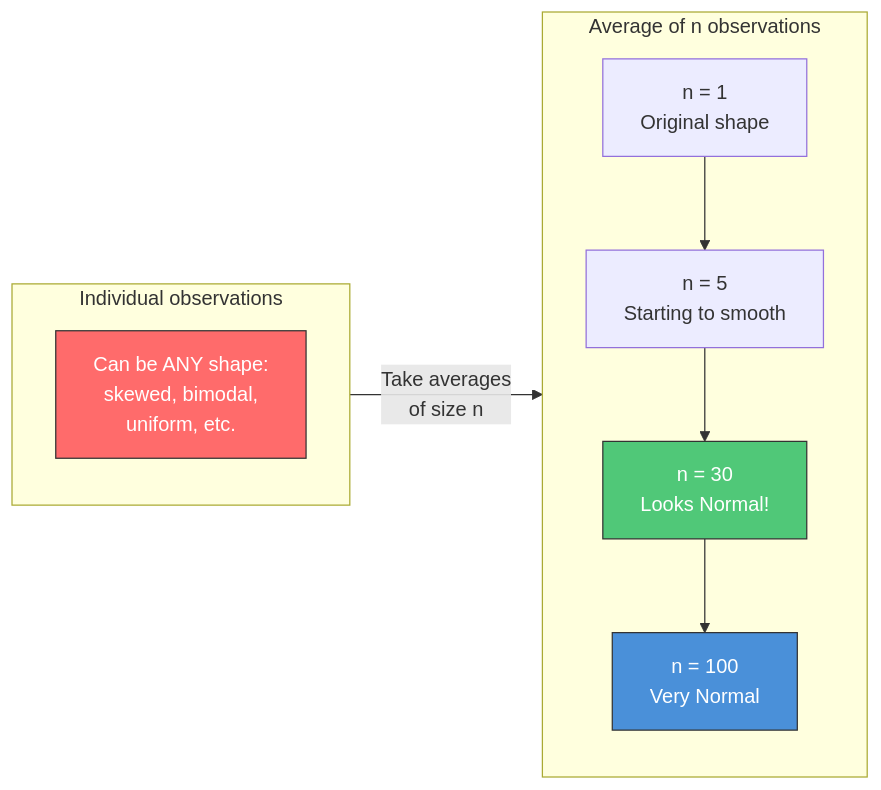
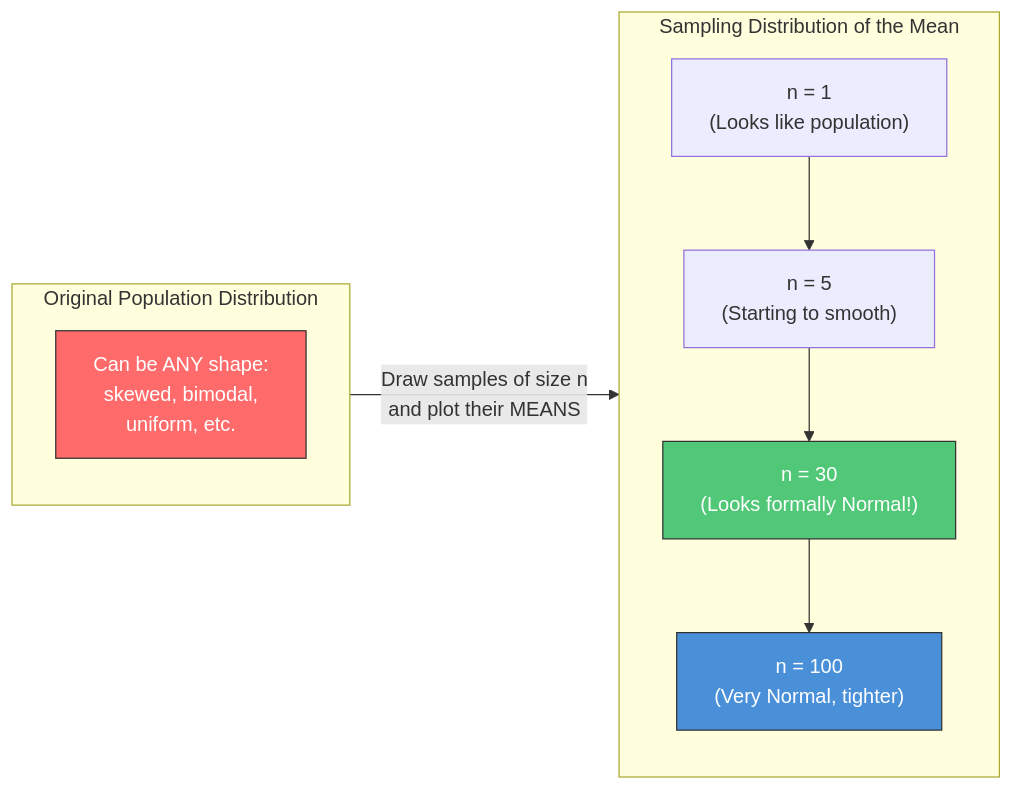
One commit to MKamel1/tech-study changed the third of 5 diagrams in probability_statistics_linearAlgebra_foundations/22_distributions.md. Above: the diagram before and after it, drawn with Mermaid. The commit also changed other lines of this file and 2 other files, not shown here.

````diff
--- a/probability_statistics_linearAlgebra_foundations/22_distributions.md
+++ b/probability_statistics_linearAlgebra_foundations/22_distributions.md
@@ -1616,20 +2064,20 @@
 ```mermaid
 flowchart LR
-    subgraph individual["Individual observations"]
+    subgraph population["Original Population Distribution"]
         I1["Can be ANY shape:<br/>skewed, bimodal,<br/>uniform, etc."]
     end
     
-    subgraph averaging["Average of n observations"]
-        A1["n = 1<br/>Original shape"]
-        A2["n = 5<br/>Starting to smooth"]
-        A3["n = 30<br/>Looks Normal!"]
-        A4["n = 100<br/>Very Normal"]
+    subgraph averaging["Sampling Distribution of the Mean"]
+        A1["n = 1<br/>(Looks like population)"]
+        A2["n = 5<br/>(Starting to smooth)"]
+        A3["n = 30<br/>(Looks formally Normal!)"]
+        A4["n = 100<br/>(Very Normal, tighter)"]
     end
     
-    individual -->|"Take averages<br/>of size n"| averaging
+    population -->|"Draw samples of size n<br/>and plot their MEANS"| averaging
     A1 --> A2 --> A3 --> A4
     
     style I1 fill:#ff6b6b,stroke:#333,color:#fff
     style A3 fill:#50c878,stroke:#333,color:#fff
     style A4 fill:#4a90d9,stroke:#333,color:#fff
 ```
````
